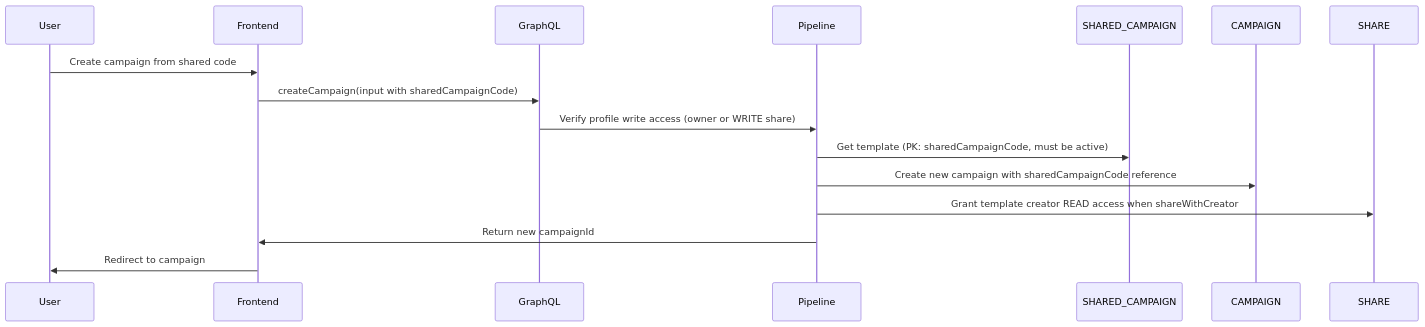
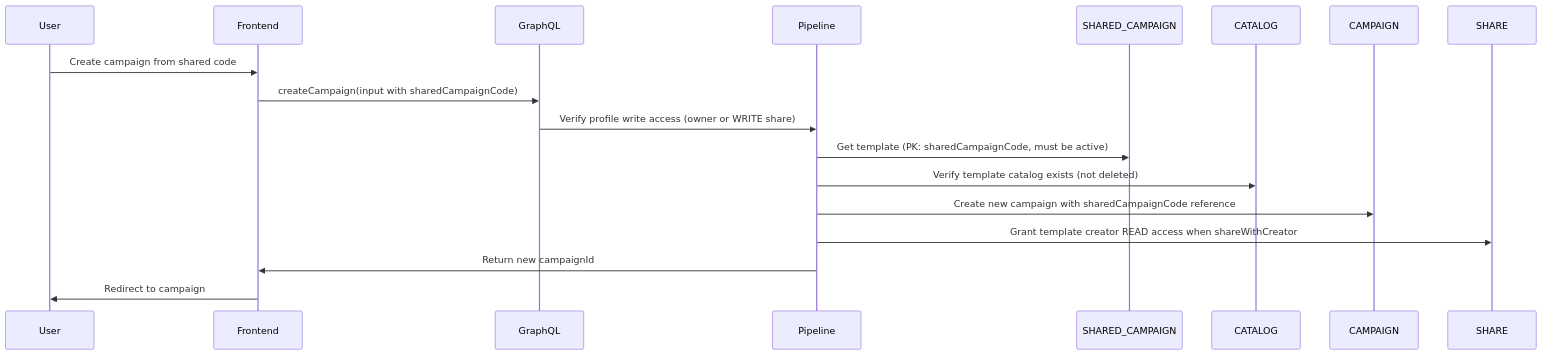
Before and after one commit to dmeiser/kernelworx: the sixth of 13 diagrams in docs/SCHEMA.md, drawn with Mermaid. The commit also changed 10 other files, not shown here.

````diff
--- a/docs/SCHEMA.md
+++ b/docs/SCHEMA.md
@@ -221,11 +221,12 @@
 ```mermaid
 sequenceDiagram
     User->>Frontend: Create campaign from shared code
     Frontend->>GraphQL: createCampaign(input with sharedCampaignCode)
     GraphQL->>Pipeline: Verify profile write access (owner or WRITE share)
     Pipeline->>SHARED_CAMPAIGN: Get template (PK: sharedCampaignCode, must be active)
+    Pipeline->>CATALOG: Verify template catalog exists (not deleted)
     Pipeline->>CAMPAIGN: Create new campaign with sharedCampaignCode reference
     Pipeline->>SHARE: Grant template creator READ access when shareWithCreator
     Pipeline->>Frontend: Return new campaignId
     Frontend->>User: Redirect to campaign
 ```
````
